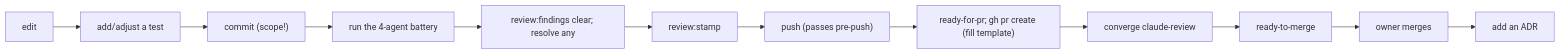
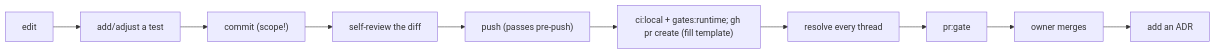
Before and after one commit to erikunha/portfolio: the diagram in docs/handbook/onboarding.md, drawn with Mermaid. The commit also changed other lines of this file and 152 other files, not shown here.

Commit message:
chore(harness)!: delete the unproven capabilities, the Codex mirror, the PR-gate wrappers and the AI-review gate chain (#235)

````diff
--- a/docs/handbook/onboarding.md
+++ b/docs/handbook/onboarding.md
@@ -26,9 +26,8 @@
 ```mermaid
 flowchart LR
     edit["edit"] --> tdd["add/adjust a test"] --> commit["commit (scope!)"]
-    commit --> battery["run the 4-agent battery"] --> ledger["review:findings clear; resolve any"]
-    ledger --> stamp["review:stamp"] --> push["push (passes pre-push)"]
-    push --> pr["ready-for-pr; gh pr create (fill template)"]
-    pr --> conv["converge claude-review"] --> ready["ready-to-merge"] --> owner["owner merges"]
+    commit --> battery["self-review the diff"] --> push["push (passes pre-push)"]
+    push --> pr["ci:local + gates:runtime; gh pr create (fill template)"]
+    pr --> conv["resolve every thread"] --> ready["pr:gate"] --> owner["owner merges"]
     owner --> adr["add an ADR"]
 ```
````
